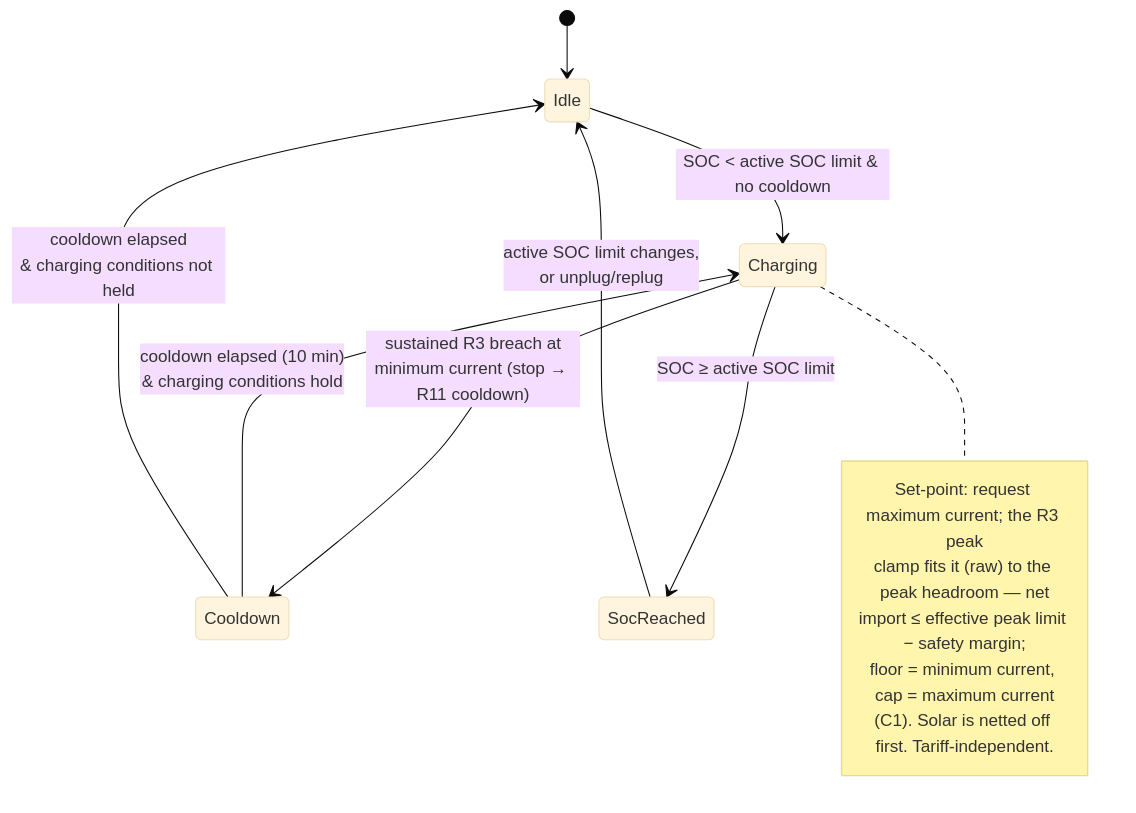
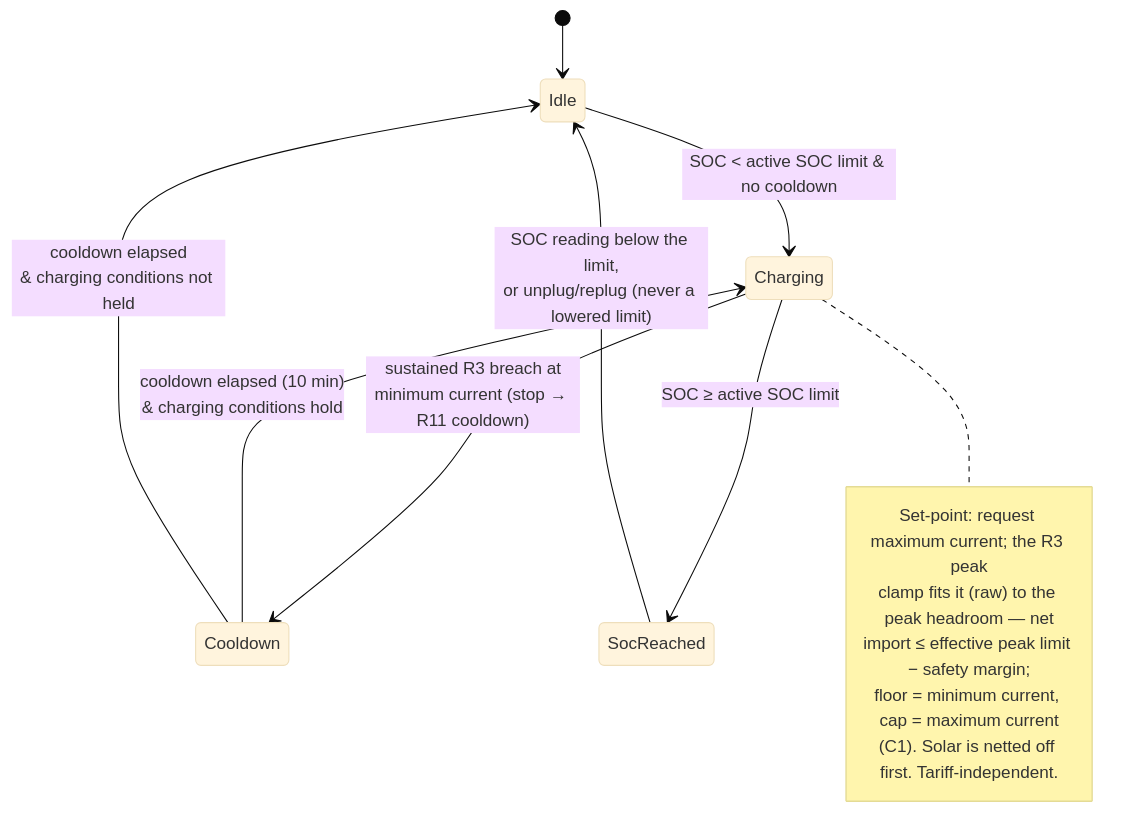
One commit to kristofdegrave/homeassistant-smart-charging changed the diagram in docs/analysis/use-cases/UC03-charge-from-grid-within-captar-limit.md. Above: the diagram before and after it, drawn with Mermaid (base theme). The commit also changed other lines of this file and 5 other files, not shown here.

First line of the commit message:
requirement: a stop at the SOC limit ends when the limit rises, not when it changes (R7 AC5, UC01-UC04) (#1379)

````diff
--- a/docs/analysis/use-cases/UC03-charge-from-grid-within-captar-limit.md
+++ b/docs/analysis/use-cases/UC03-charge-from-grid-within-captar-limit.md
@@ -118,17 +118,17 @@
 ```mermaid
 stateDiagram-v2
     [*] --> Idle
     Idle --> Charging: SOC < active SOC limit & no cooldown
     Charging --> Cooldown: sustained R3 breach at<br/>minimum current (stop → R11 cooldown)
     Charging --> SocReached: SOC ≥ active SOC limit
     Cooldown --> Charging: cooldown elapsed (10 min)<br/>& charging conditions hold
     Cooldown --> Idle: cooldown elapsed<br/>& charging conditions not held
-    SocReached --> Idle: active SOC limit changes,<br/>or unplug/replug
+    SocReached --> Idle: SOC reading below the limit,<br/>or unplug/replug (never a lowered limit)
     note right of Charging
         Set-point: request maximum current; the R3 peak
         clamp fits it (raw) to the peak headroom — net
         import ≤ effective peak limit − safety margin;
         floor = minimum current, cap = maximum current
         (C1). Solar is netted off first. Tariff-independent.
     end note
 ```
````
